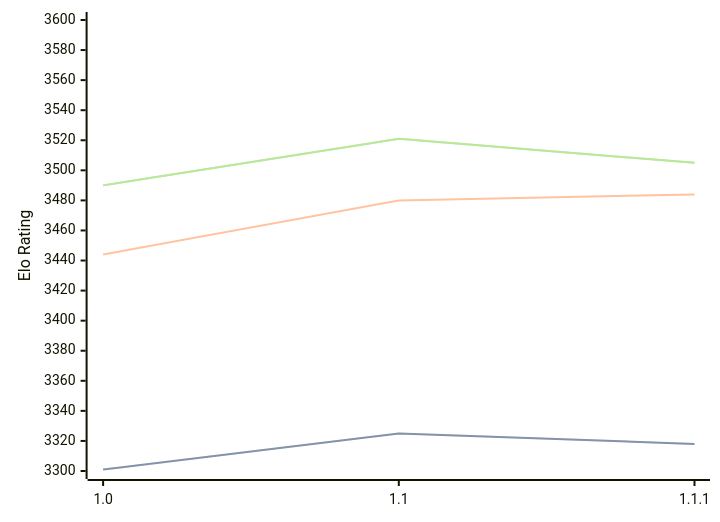
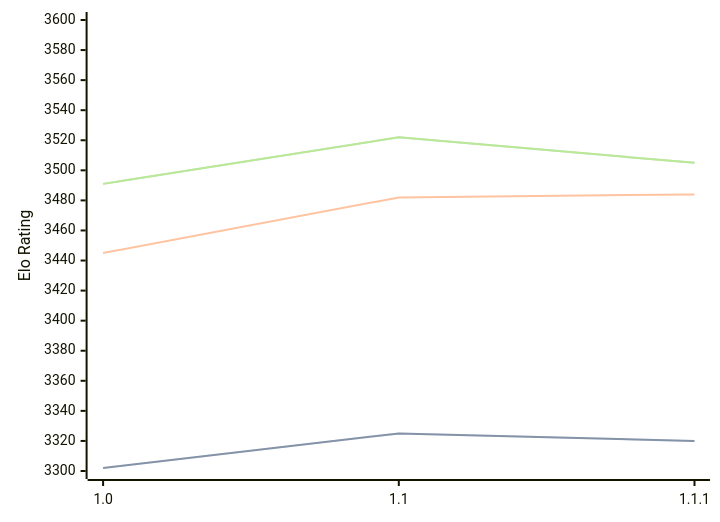
One commit to computer-chess-index/cci changed the diagram in engines/Icarus.md. Above: the diagram before and after it, drawn with Mermaid. The commit also changed other lines of this file, not shown here.

Commit message:
Update CCI Ratings (ELO VLTC) - 2026-07-24

````diff
--- a/engines/Icarus.md
+++ b/engines/Icarus.md
@@ -33,11 +33,11 @@
 ```mermaid
 %%{init: {"theme":"base","themeVariables":{"seriesColors:['#a3a3a3','#222221','#faa371']}}}%%
 xychart-beta
   x-axis ["1.0", "1.1", "1.1.1"]
   y-axis "Elo Rating" 3300 --> 3600
-  line "STC (8.0+0.08s)" [3301, 3325, 3318]
-  line "STC (8.0+0.08s)" [3301, 3325, 3318]
-  line "LTC (60.0+0.60s)" [3444, 3480, 3484]
-  line "VLTC (2m24s+1.12s)" [3490, 3521, 3505]
-  line "VLTC (2m24s+1.12s)" [3490, 3521, 3505]
+  line "STC (8.0+0.08s)" [3302, 3325, 3320]
+  line "STC (8.0+0.08s)" [3302, 3325, 3320]
+  line "LTC (60.0+0.60s)" [3445, 3482, 3484]
+  line "VLTC (2m24s+1.12s)" [3491, 3522, 3505]
+  line "VLTC (2m24s+1.12s)" [3491, 3522, 3505]
 ```
````
